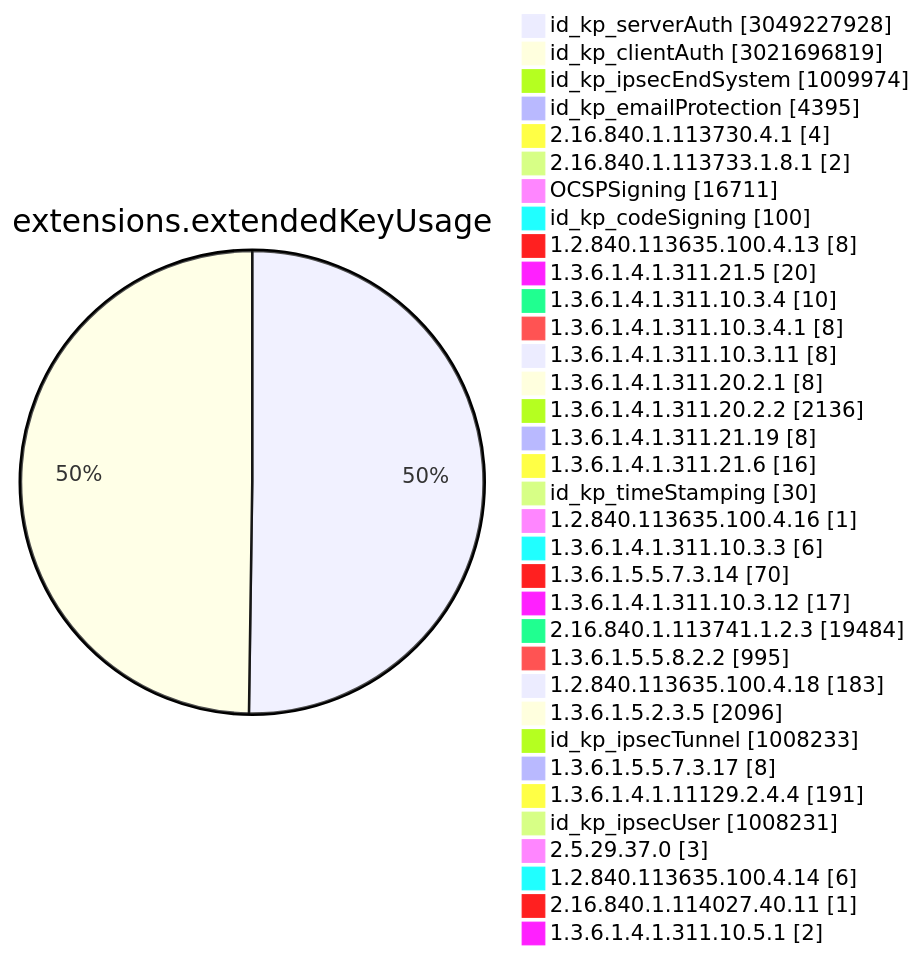
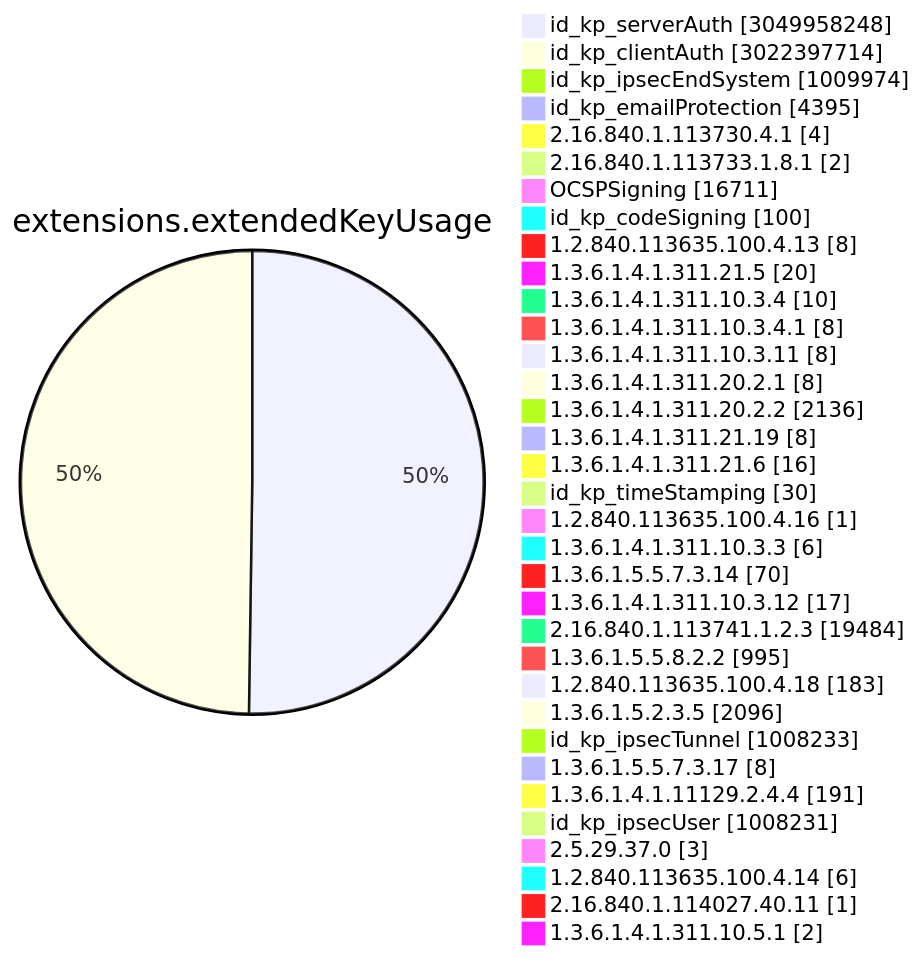
One commit to christiankrug/ctmonitor_visualization changed diagram 11 of 15 in TOTAL/README.md. Above: the diagram before and after it, drawn with Mermaid. The commit also changed other lines of this file, not shown here.

````diff
--- a/TOTAL/README.md
+++ b/TOTAL/README.md
@@ -4118,38 +4118,38 @@
 ```mermaid
 pie showData
 title extensions.extendedKeyUsage
-"id_kp_serverAuth" :3049227928
-"id_kp_clientAuth" :3021696819
+"id_kp_serverAuth" :3049958248
+"id_kp_clientAuth" :3022397714
 "id_kp_ipsecEndSystem" :1009974
 "id_kp_emailProtection" :4395
 "2.16.840.1.113730.4.1" :4
 "2.16.840.1.113733.1.8.1" :2
 "OCSPSigning" :16711
 "id_kp_codeSigning" :100
 "1.2.840.113635.100.4.13" :8
 "1.3.6.1.4.1.311.21.5" :20
 "1.3.6.1.4.1.311.10.3.4" :10
 "1.3.6.1.4.1.311.10.3.4.1" :8
 "1.3.6.1.4.1.311.10.3.11" :8
 "1.3.6.1.4.1.311.20.2.1" :8
 "1.3.6.1.4.1.311.20.2.2" :2136
 "1.3.6.1.4.1.311.21.19" :8
 "1.3.6.1.4.1.311.21.6" :16
 "id_kp_timeStamping" :30
 "1.2.840.113635.100.4.16" :1
 "1.3.6.1.4.1.311.10.3.3" :6
 "1.3.6.1.5.5.7.3.14" :70
 "1.3.6.1.4.1.311.10.3.12" :17
 "2.16.840.1.113741.1.2.3" :19484
 "1.3.6.1.5.5.8.2.2" :995
 "1.2.840.113635.100.4.18" :183
 "1.3.6.1.5.2.3.5" :2096
 "id_kp_ipsecTunnel" :1008233
 "1.3.6.1.5.5.7.3.17" :8
 "1.3.6.1.4.1.11129.2.4.4" :191
 "id_kp_ipsecUser" :1008231
 "2.5.29.37.0" :3
 "1.2.840.113635.100.4.14" :6
 "2.16.840.1.114027.40.11" :1
 "1.3.6.1.4.1.311.10.5.1" :2
 ```
````
